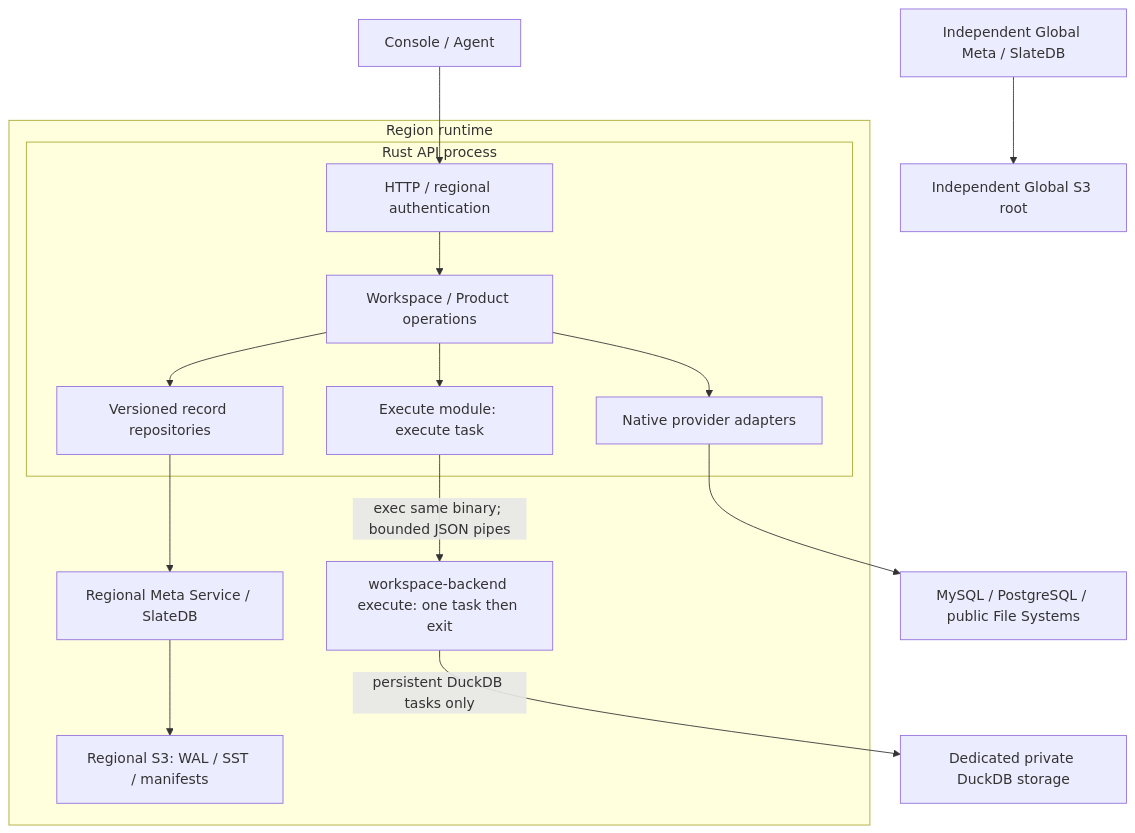
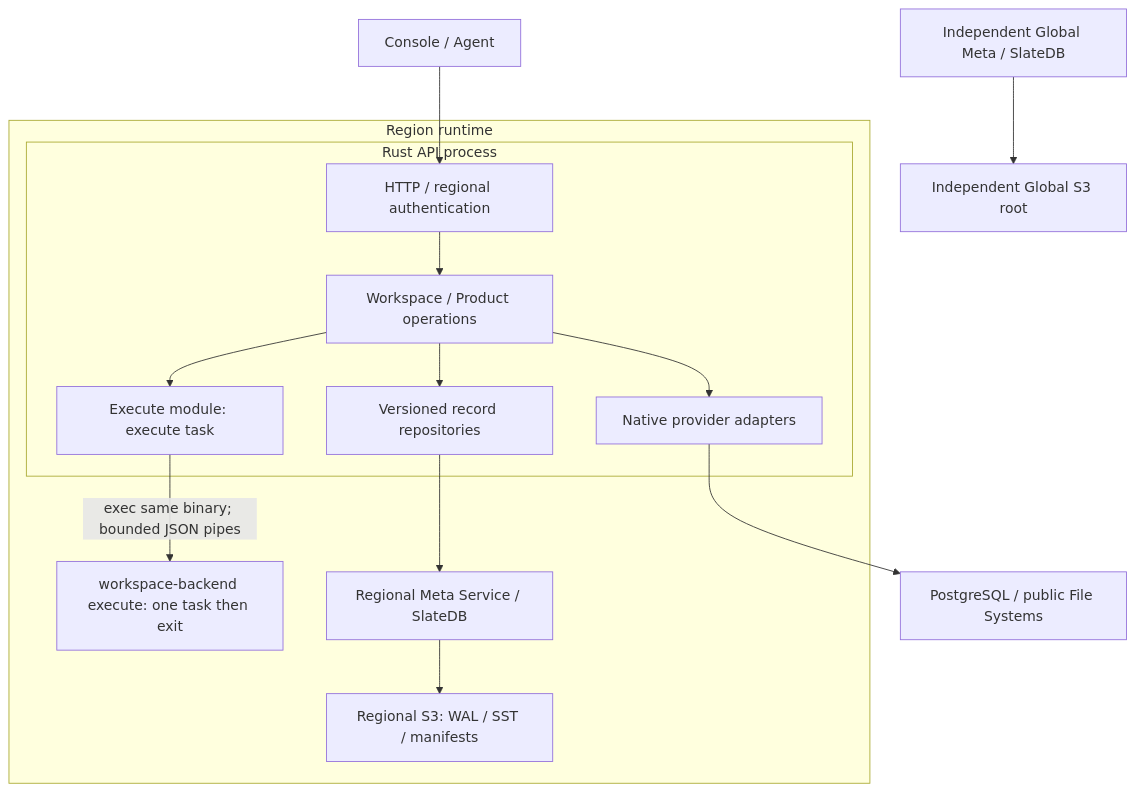
One commit to mem9-ai/tidb-agentspace changed the diagram in docs/architecture.md. Above: the diagram before and after it, drawn with Mermaid. The commit also changed other lines of this file and 39 other files, not shown here.

````diff
--- a/docs/architecture.md
+++ b/docs/architecture.md
@@ -301,18 +294,17 @@
 ```mermaid
 flowchart TB
   console[Console / Agent] --> http
   subgraph region[Region runtime]
     subgraph api[Rust API process]
       http[HTTP / regional authentication] --> core[Workspace / Product operations]
       core --> repo[Versioned record repositories]
       core --> adapters[Native provider adapters]
       core --> execute[Execute module: execute task]
     end
     execute -->|exec same binary; bounded JSON pipes| child[workspace-backend execute: one task then exit]
     repo --> meta[Regional Meta Service / SlateDB]
     meta --> rs3[Regional S3: WAL / SST / manifests]
   end
-  adapters --> provider[MySQL / PostgreSQL / public File Systems]
-  child -->|persistent DuckDB tasks only| private[Dedicated private DuckDB storage]
+  adapters --> provider[PostgreSQL / public File Systems]
   gm[Independent Global Meta / SlateDB] --> gs3[Independent Global S3 root]
 ```
````
